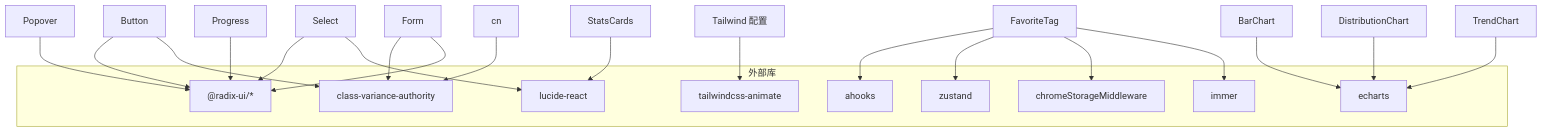
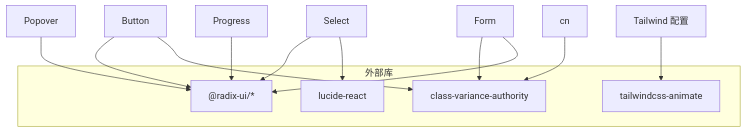
One commit to RadiumAg/bilibili-favorites changed the sixth of 6 diagrams in .qoder/repowiki/zh/content/UI组件系统/UI组件系统.md. Above: the diagram before and after it, drawn with Mermaid. The commit also changed other lines of this file and 17 other files, not shown here.

````diff
--- a/.qoder/repowiki/zh/content/UI组件系统/UI组件系统.md
+++ b/.qoder/repowiki/zh/content/UI组件系统/UI组件系统.md
@@ -792,32 +477,19 @@
 ```mermaid
 graph TB
 subgraph "外部库"
 RUI["@radix-ui/*"]
 CVA["class-variance-authority"]
 LUCIDE["lucide-react"]
 ANI["tailwindcss-animate"]
-AH["ahooks"]
-ZUS["zustand"]
-IMMER["immer"]
-CSSM["chromeStorageMiddleware"]
-ECHARTS["echarts"]
 end
 Btn["Button"] --> RUI
 Btn --> CVA
 Sel["Select"] --> RUI
 Sel --> LUCIDE
 Pop["Popover"] --> RUI
 Prog["Progress"] --> RUI
 Form["Form"] --> CVA
 Form --> RUI
 Utils["cn"] --> CVA
 TW["Tailwind 配置"] --> ANI
-FTag["FavoriteTag"] --> AH
-FTag --> ZUS
-FTag --> CSSM
-FTag --> IMMER
-BarChart["BarChart"] --> ECHARTS
-DistributionChart["DistributionChart"] --> ECHARTS
-TrendChart["TrendChart"] --> ECHARTS
-StatsCards["StatsCards"] --> LUCIDE
 ```
````
